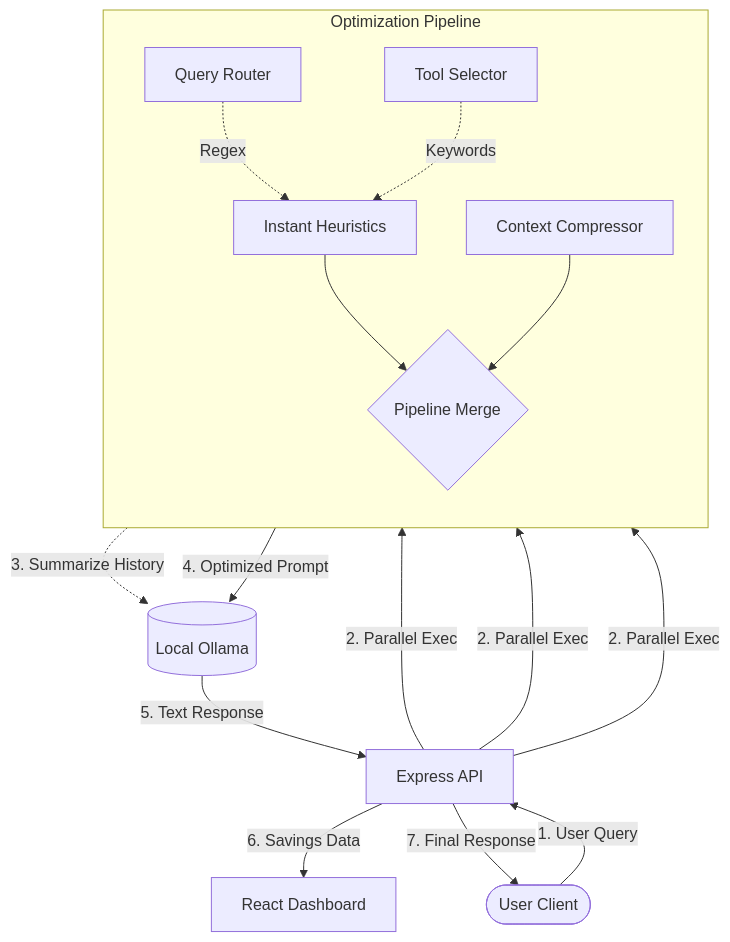
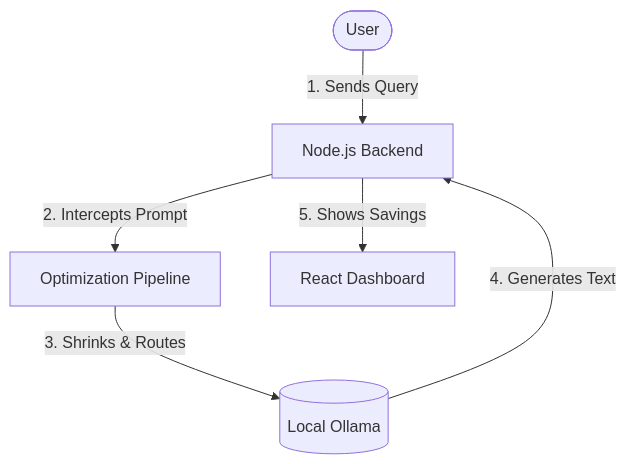
Before and after one commit to snklp-23/LLM-token-optimiser: the diagram in README.md, drawn with Mermaid.

````diff
--- a/README.md
+++ b/README.md
@@ -32,32 +32,12 @@
 ```mermaid
 graph TD
-    User([User Client]) -->|1. User Query| API[Express API]
+    User([User]) --> |1. Sends Query| Backend[Node.js Backend]
     
-    subgraph Optimization Pipeline
-        direction TB
-        Router[Query Router]
-        Tools[Tool Selector]
-        Compressor[Context Compressor]
-        
-        FastLogic[Instant Heuristics]
-        Assembler{Pipeline Merge}
-        
-        Router -.->|Regex| FastLogic
-        Tools -.->|Keywords| FastLogic
-        
-        FastLogic --> Assembler
-        Compressor --> Assembler
-    end
-
-    API -->|2. Parallel Exec| Router
-    API -->|2. Parallel Exec| Tools
-    API -->|2. Parallel Exec| Compressor
+    Backend --> |2. Intercepts Prompt| Pipeline[Optimization Pipeline]
     
-    Compressor -.->|3. Summarize History| Ollama[(Local Ollama)]
-    Assembler -->|4. Optimized Prompt| Ollama
+    Pipeline --> |3. Shrinks & Routes| LLM[(Local Ollama)]
     
-    Ollama -->|5. Text Response| API
+    LLM --> |4. Generates Text| Backend
     
-    API -->|6. Savings Data| Dashboard[React Dashboard]
-    API -->|7. Final Response| User
+    Backend --> |5. Shows Savings| Dashboard[React Dashboard]
 ```
````
